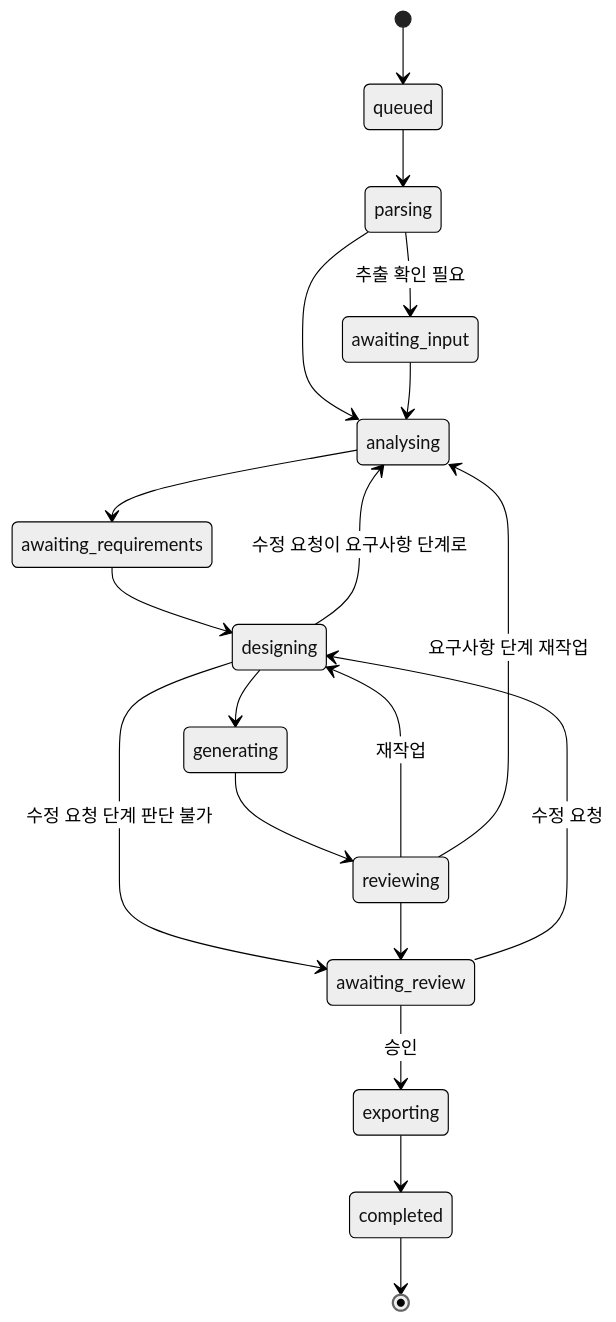
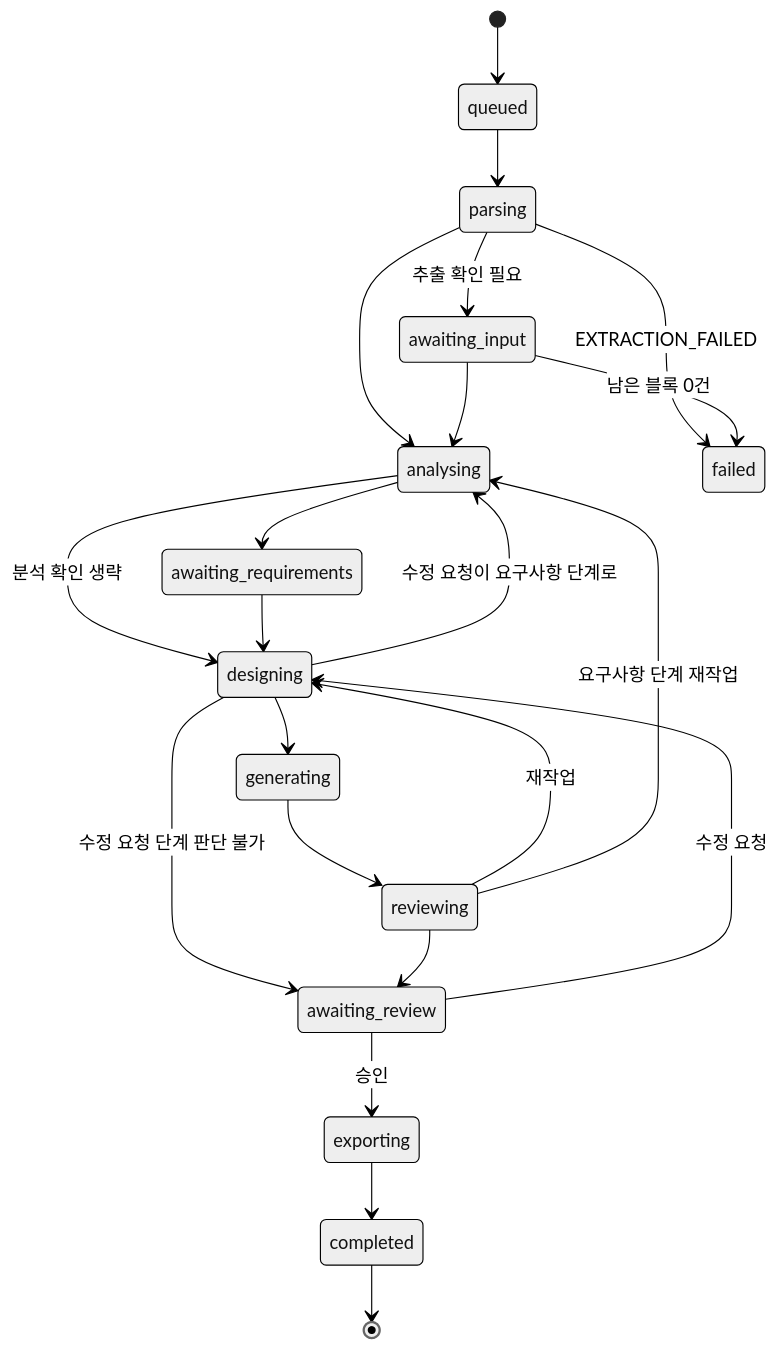
The third of 3 diagrams in docs/03-architecture.md (surplus96/specton), drawn with Mermaid (neutral theme) before and after one commit. The commit also changed other lines of this file and 24 other files, not shown here.

````diff
--- a/docs/03-architecture.md
+++ b/docs/03-architecture.md
@@ -105,21 +105,24 @@
 ```mermaid
 stateDiagram-v2
     [*] --> queued
     queued --> parsing
     parsing --> awaiting_input: 추출 확인 필요
     parsing --> analysing
+    parsing --> failed: EXTRACTION_FAILED
     awaiting_input --> analysing
+    awaiting_input --> failed: 남은 블록 0건
     analysing --> awaiting_requirements
+    analysing --> designing: 분석 확인 생략
     awaiting_requirements --> designing
     designing --> generating
     designing --> analysing: 수정 요청이 요구사항 단계로
     designing --> awaiting_review: 수정 요청 단계 판단 불가
     generating --> reviewing
     reviewing --> designing: 재작업
     reviewing --> analysing: 요구사항 단계 재작업
     reviewing --> awaiting_review
     awaiting_review --> designing: 수정 요청
     awaiting_review --> exporting: 승인
     exporting --> completed
     completed --> [*]
 ```
````
